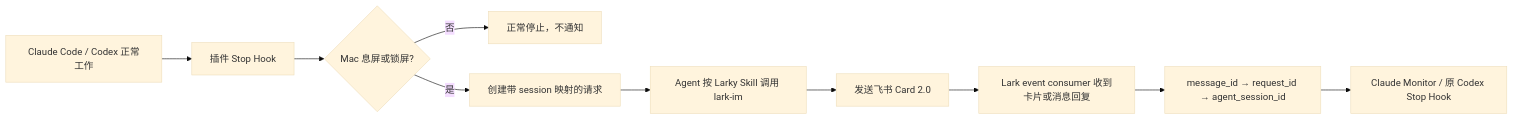
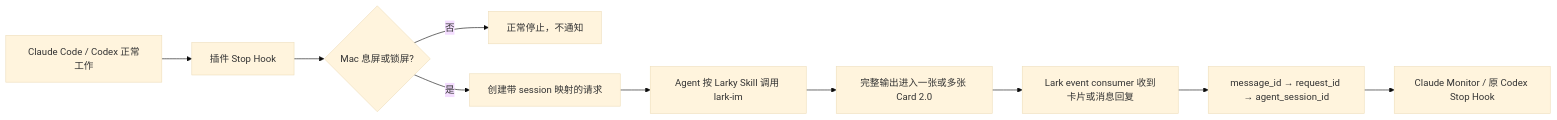
Before and after one commit to jtsang4/larky: the diagram in README.md, drawn with Mermaid (base theme). The commit also changed other lines of this file and 12 other files, not shown here.

````diff
--- a/README.md
+++ b/README.md
@@ -88,12 +90,12 @@
 ```mermaid
 flowchart LR
   A["Claude Code / Codex 正常工作"] --> B["插件 Stop Hook"]
   B --> C{"Mac 息屏或锁屏?"}
   C -- "否" --> D["正常停止，不通知"]
   C -- "是" --> E["创建带 session 映射的请求"]
   E --> F["Agent 按 Larky Skill 调用 lark-im"]
-  F --> G["发送飞书 Card 2.0"]
+  F --> G["完整输出进入一张或多张 Card 2.0"]
   G --> H["Lark event consumer 收到卡片或消息回复"]
   H --> I["message_id → request_id → agent_session_id"]
   I --> J["Claude Monitor / 原 Codex Stop Hook"]
 ```
````
